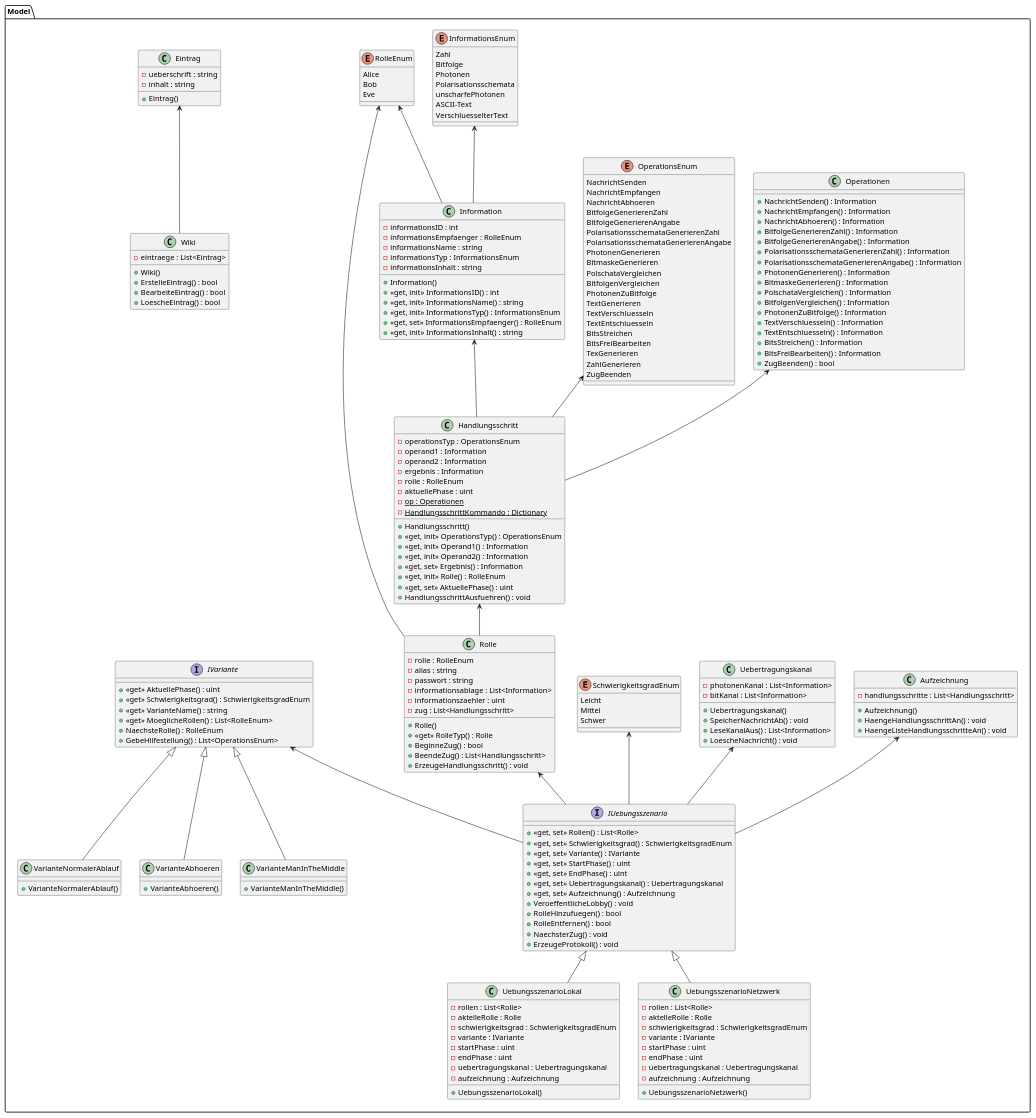
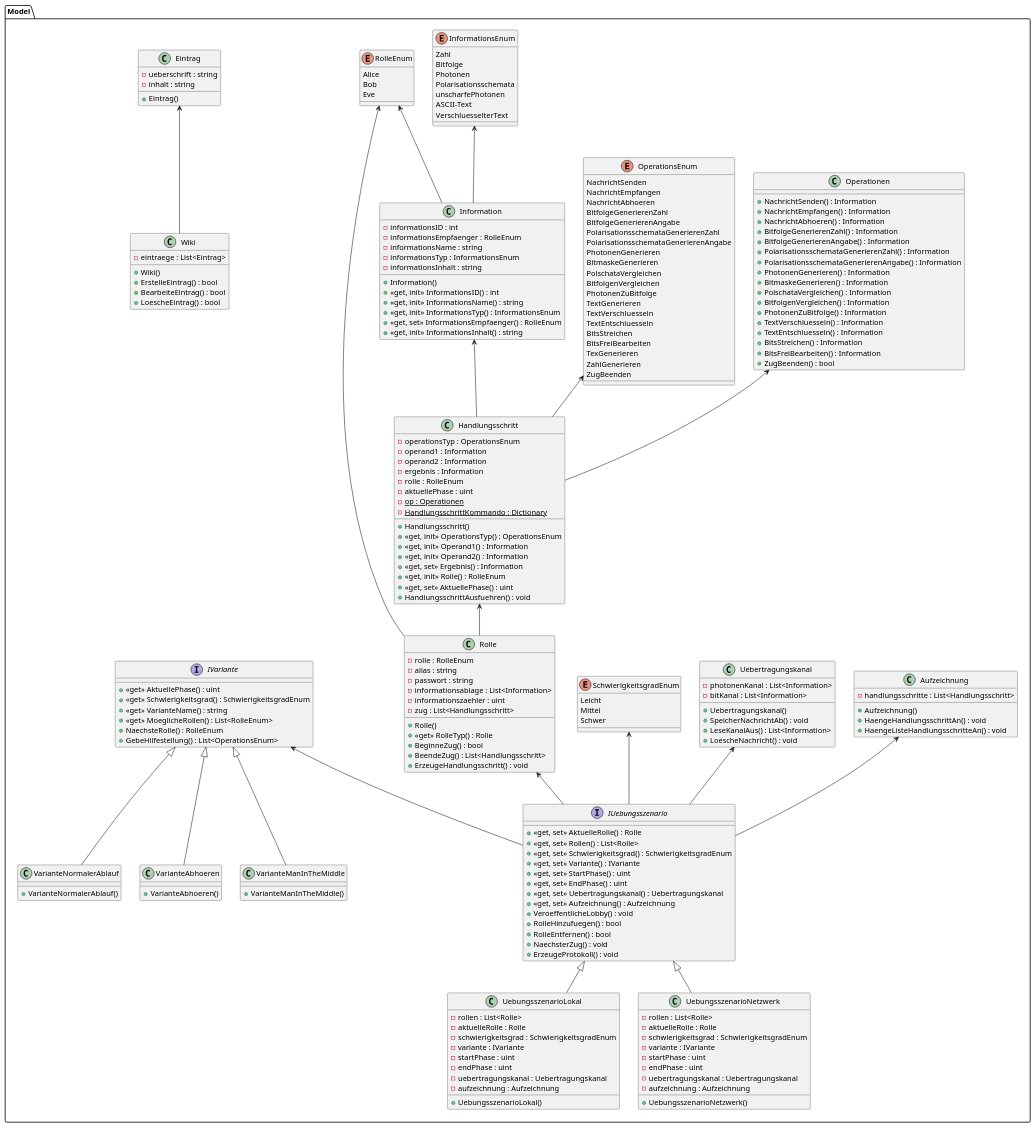
The diagram in 02_Entwurf/Klassendiagramm/PlantUML/Klassendiagramm_Model/Klassendiagramm_Model.puml (Jonas-Ha/quakrypto), drawn with PlantUML before and after one commit. The commit also changed 14 other files, not shown here.

```diff
--- a/02_Entwurf/Klassendiagramm/PlantUML/Klassendiagramm_Model/Klassendiagramm_Model.puml
+++ b/02_Entwurf/Klassendiagramm/PlantUML/Klassendiagramm_Model/Klassendiagramm_Model.puml
@@ -12,6 +12,7 @@
 	together {
 		interface IUebungsszenario
 		{
+			+ <<get, set>> AktuelleRolle() : Rolle
 			+ <<get, set>> Rollen() : List<Rolle>
 			+ <<get, set>> Schwierigkeitsgrad() : SchwierigkeitsgradEnum
 			+ <<get, set>> Variante() : IVariante
@@ -29,7 +30,7 @@
 		class UebungsszenarioLokal
 		{
 			- rollen : List<Rolle>
-			- aktelleRolle : Rolle
+			- aktuelleRolle : Rolle
 			- schwierigkeitsgrad : SchwierigkeitsgradEnum
 			- variante : IVariante
 			- startPhase : uint
@@ -42,7 +43,7 @@
 		class UebungsszenarioNetzwerk
 		{
 			- rollen : List<Rolle>
-			- aktelleRolle : Rolle
+			- aktuelleRolle : Rolle
 			- schwierigkeitsgrad : SchwierigkeitsgradEnum
 			- variante : IVariante
 			- startPhase : uint
```
